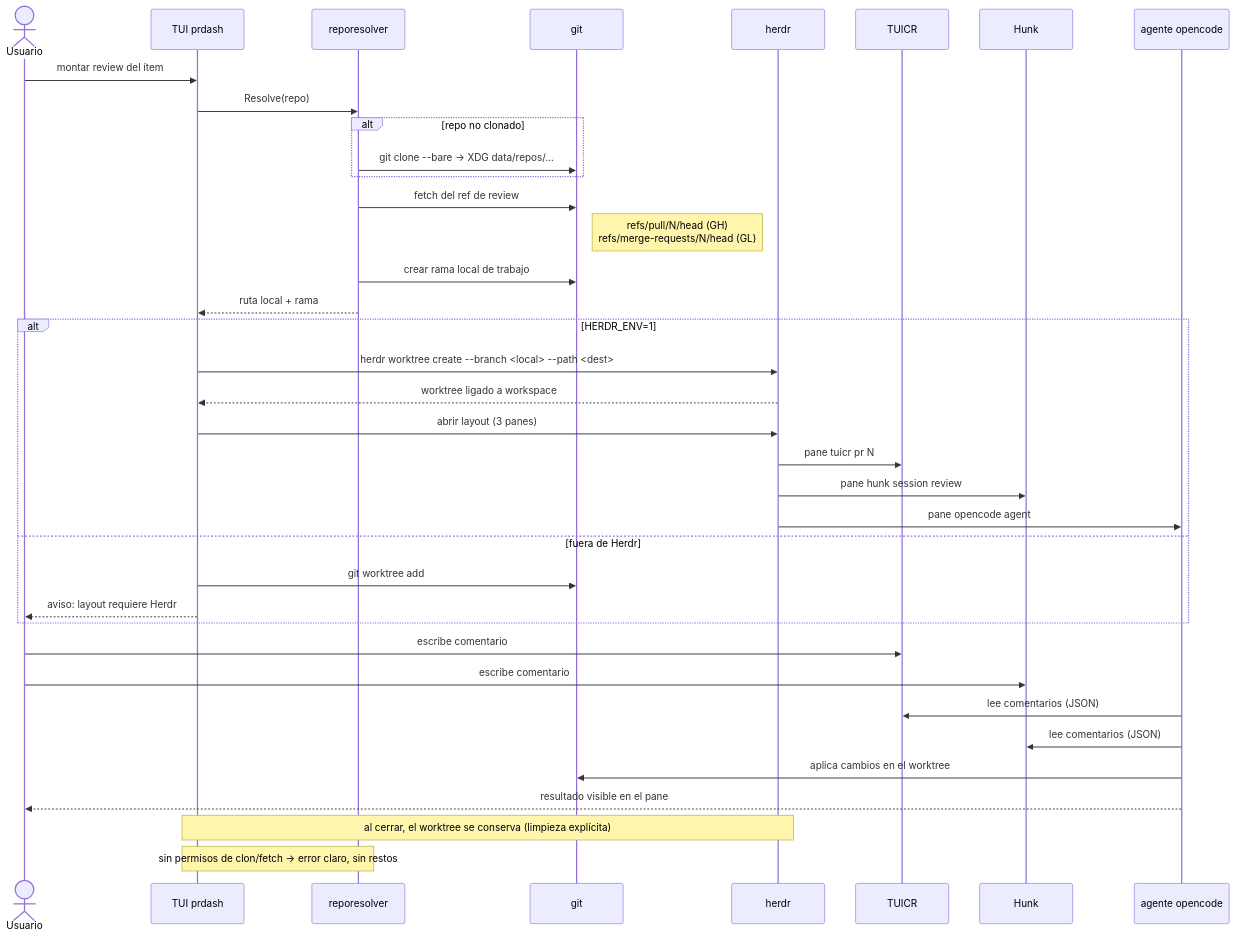
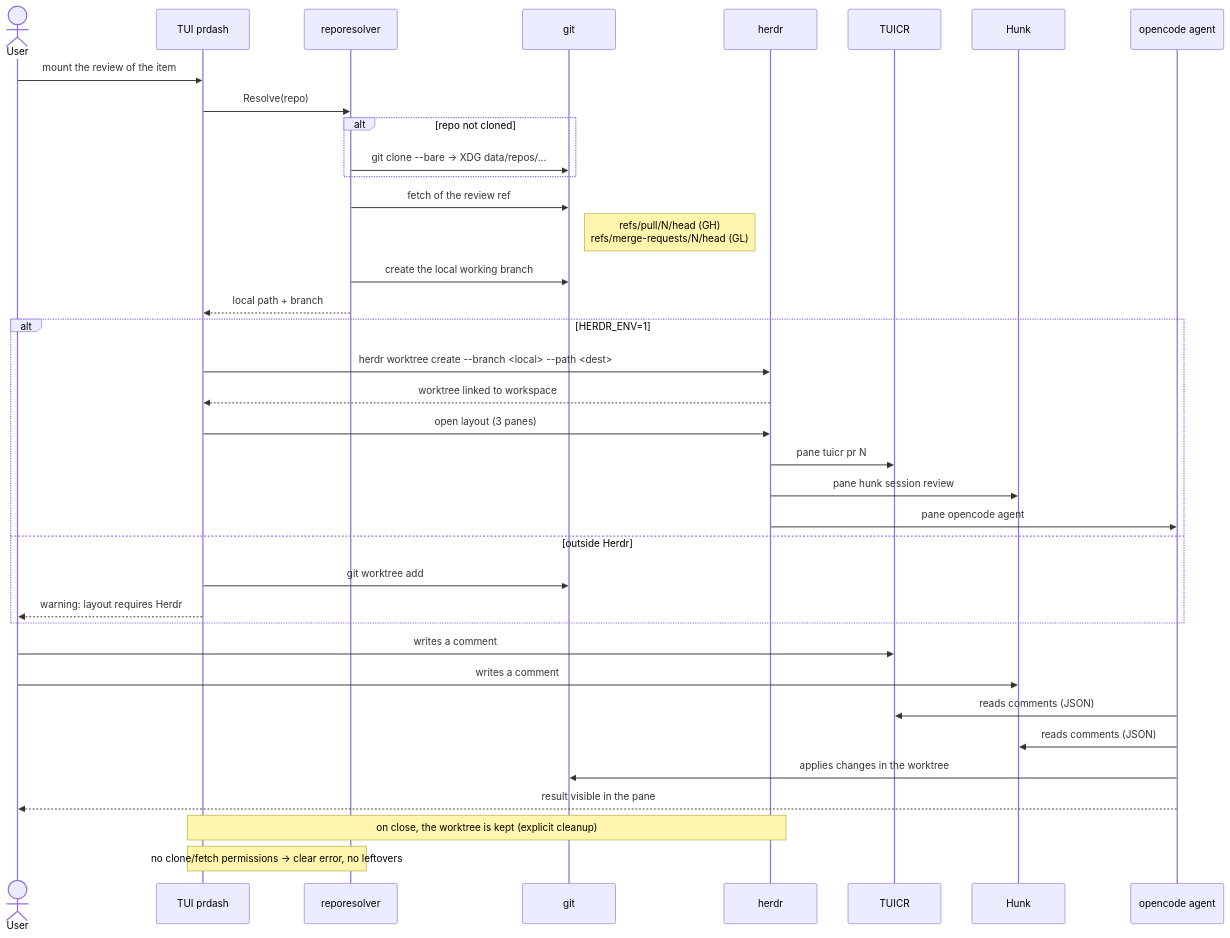
Before and after one commit to Sovengar/prdash: the diagram in docs/planning/archive/0001-mvp/diagrams/review-sequence.md, drawn with Mermaid. The commit also changed other lines of this file and 331 other files, not shown here.

````diff
--- a/docs/planning/archive/0001-mvp/diagrams/review-sequence.md
+++ b/docs/planning/archive/0001-mvp/diagrams/review-sequence.md
@@ -6,45 +7,45 @@
 ```mermaid
 sequenceDiagram
-    actor U as Usuario
+    actor U as User
     participant T as TUI prdash
     participant RR as reporesolver
     participant G as git
     participant H as herdr
     participant TU as TUICR
     participant HK as Hunk
-    participant AG as agente opencode
+    participant AG as opencode agent
 
-    U->>T: montar review del ítem
+    U->>T: mount the review of the item
     T->>RR: Resolve(repo)
 
-    alt repo no clonado
+    alt repo not cloned
         RR->>G: git clone --bare → XDG data/repos/...
     end
 
-    RR->>G: fetch del ref de review
+    RR->>G: fetch of the review ref
     Note right of G: refs/pull/N/head (GH)<br/>refs/merge-requests/N/head (GL)
-    RR->>G: crear rama local de trabajo
-    RR-->>T: ruta local + rama
+    RR->>G: create the local working branch
+    RR-->>T: local path + branch
 
     alt HERDR_ENV=1
         T->>H: herdr worktree create --branch <local> --path <dest>
-        H-->>T: worktree ligado a workspace
-        T->>H: abrir layout (3 panes)
+        H-->>T: worktree linked to workspace
+        T->>H: open layout (3 panes)
         H->>TU: pane tuicr pr N
         H->>HK: pane hunk session review
         H->>AG: pane opencode agent
-    else fuera de Herdr
+    else outside Herdr
         T->>G: git worktree add
-        T-->>U: aviso: layout requiere Herdr
+        T-->>U: warning: layout requires Herdr
     end
 
-    U->>TU: escribe comentario
-    U->>HK: escribe comentario
-    AG->>TU: lee comentarios (JSON)
-    AG->>HK: lee comentarios (JSON)
-    AG->>G: aplica cambios en el worktree
-    AG-->>U: resultado visible en el pane
+    U->>TU: writes a comment
+    U->>HK: writes a comment
+    AG->>TU: reads comments (JSON)
+    AG->>HK: reads comments (JSON)
+    AG->>G: applies changes in the worktree
+    AG-->>U: result visible in the pane
 
-    Note over T,H: al cerrar, el worktree se conserva (limpieza explícita)
-    Note over RR,T: sin permisos de clon/fetch → error claro, sin restos
+    Note over T,H: on close, the worktree is kept (explicit cleanup)
+    Note over RR,T: no clone/fetch permissions → clear error, no leftovers
 ```
````
